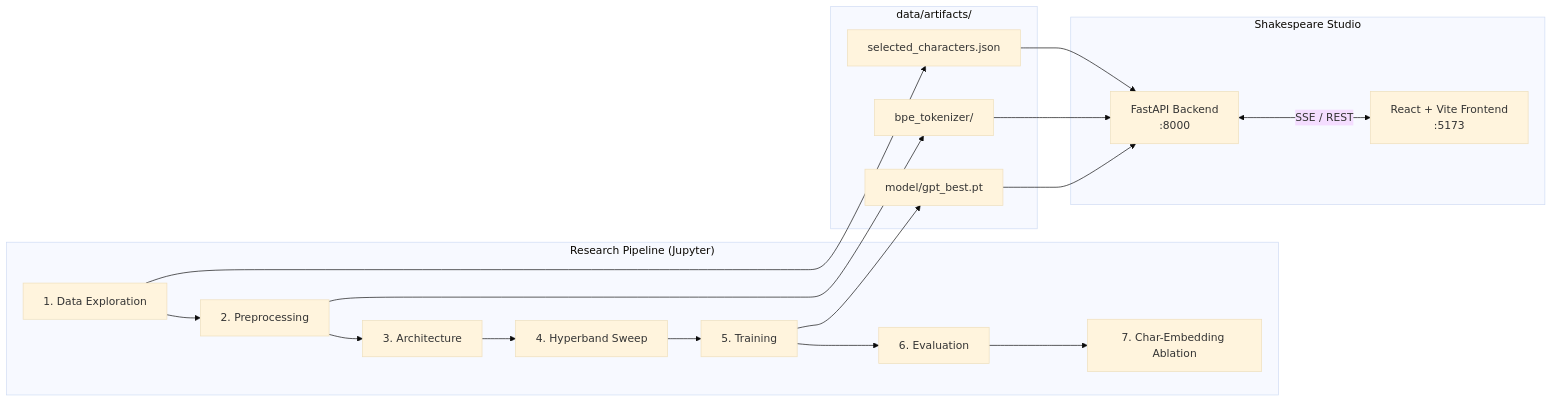
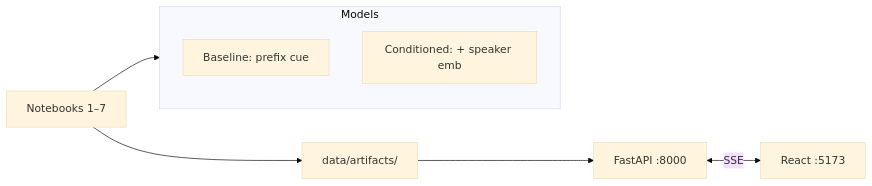
The diagram in README.md (utki007/genre-story-generator), drawn with Mermaid (base theme) before and after one commit. The commit also changed other lines of this file, not shown here.

````diff
--- a/README.md
+++ b/README.md
@@ -117,32 +64,12 @@
 ```mermaid
 flowchart LR
-    subgraph Research["Research Pipeline (Jupyter)"]
-        N1["1. Data Exploration"]
-        N2["2. Preprocessing"]
-        N3["3. Architecture"]
-        N4["4. Hyperband Sweep"]
-        N5["5. Training"]
-        N6["6. Evaluation"]
-        N7["7. Char-Embedding Ablation"]
-        N1 --> N2 --> N3 --> N4 --> N5 --> N6 --> N7
+    NB["Notebooks 1–7"] --> ART["data/artifacts/"]
+    ART --> API["FastAPI :8000"]
+    API <-->|SSE| UI["React :5173"]
+
+    subgraph Models
+        B["Baseline: prefix cue"]
+        C["Conditioned: + speaker emb"]
     end
-
-    subgraph Artifacts["data/artifacts/"]
-        TOK["bpe_tokenizer/"]
-        CKPT["model/gpt_best.pt"]
-        CHARS["selected_characters.json"]
-    end
-
-    subgraph Deploy["Shakespeare Studio"]
-        BE["FastAPI Backend\n:8000"]
-        FE["React + Vite Frontend\n:5173"]
-    end
-
-    N2 --> TOK
-    N5 --> CKPT
-    N1 --> CHARS
-    TOK --> BE
-    CKPT --> BE
-    CHARS --> BE
-    BE <-->|"SSE / REST"| FE
+    NB --> Models
 ```
````
